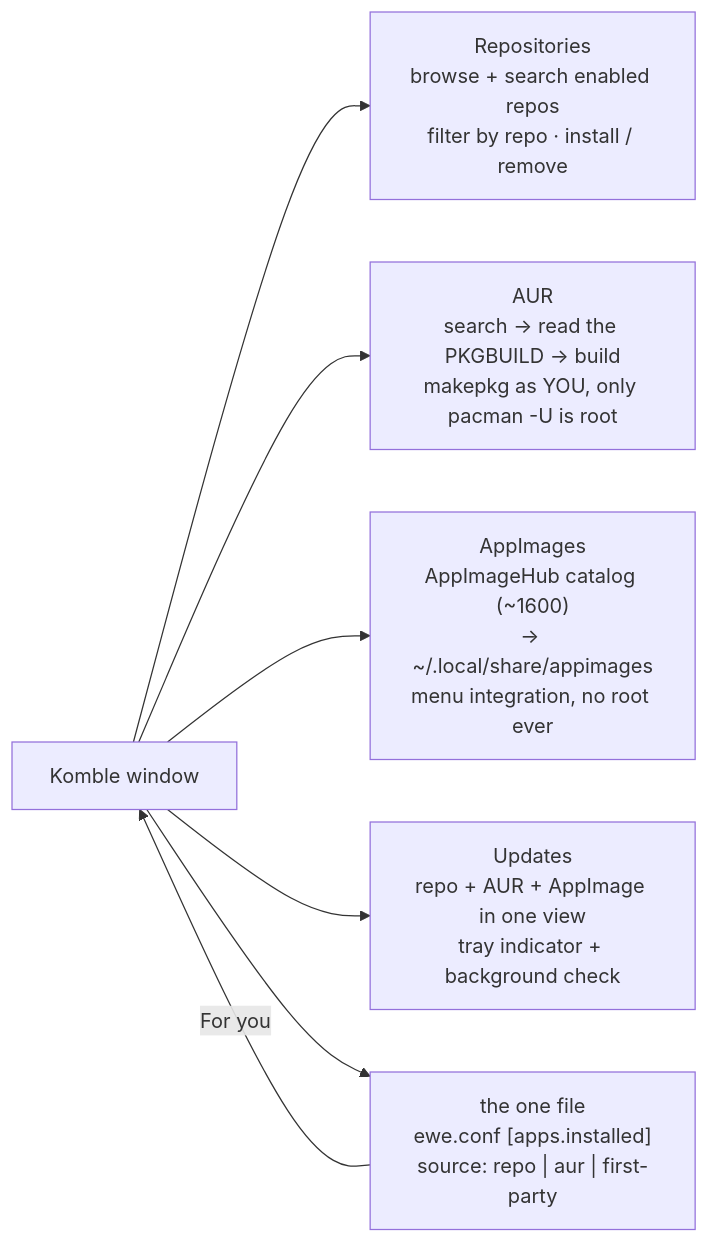
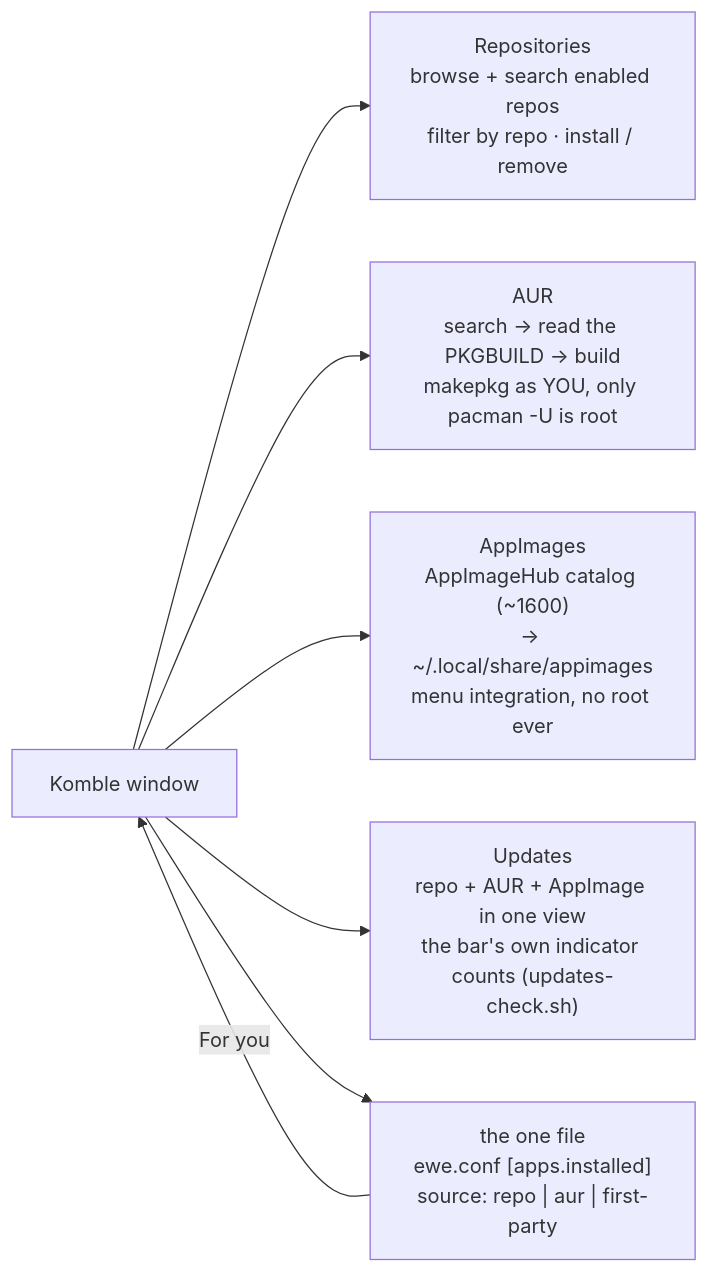
The first of 2 diagrams in 03-Components/Komble.md (prj786/ewe-map), drawn with Mermaid before and after one commit. The commit also changed other lines of this file and 33 other files, not shown here.

````diff
--- a/03-Components/Komble.md
+++ b/03-Components/Komble.md
@@ -23,9 +23,9 @@
 ```mermaid
 flowchart LR
     K["Komble window"] --> REPO["Repositories<br/>browse + search enabled repos<br/>filter by repo · install / remove"]
     K --> AUR["AUR<br/>search → read the PKGBUILD → build<br/>makepkg as YOU, only pacman -U is root"]
     K --> AI["AppImages<br/>AppImageHub catalog (~1600)<br/>→ ~/.local/share/appimages<br/>menu integration, no root ever"]
-    K --> UPD["Updates<br/>repo + AUR + AppImage in one view<br/>tray indicator + background check"]
+    K --> UPD["Updates<br/>repo + AUR + AppImage in one view<br/>the bar's own indicator counts (updates-check.sh)"]
     K --> ONEFILE["the one file<br/>ewe.conf [apps.installed]<br/>source: repo | aur | first-party"]
     ONEFILE -->|"For you"| K
 ```
````
